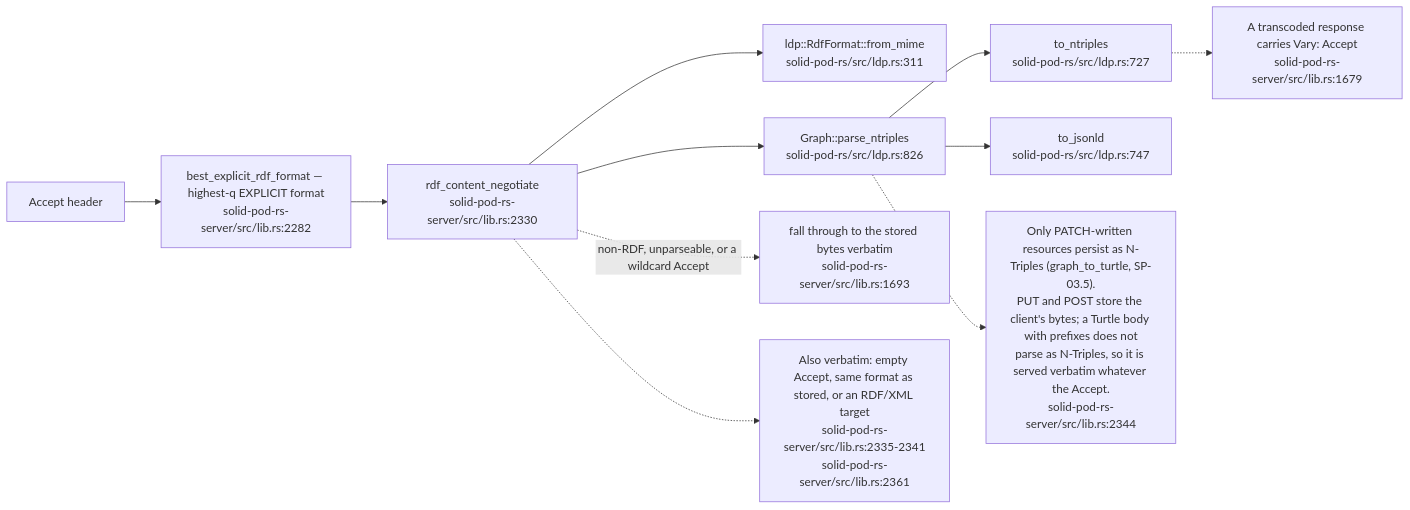
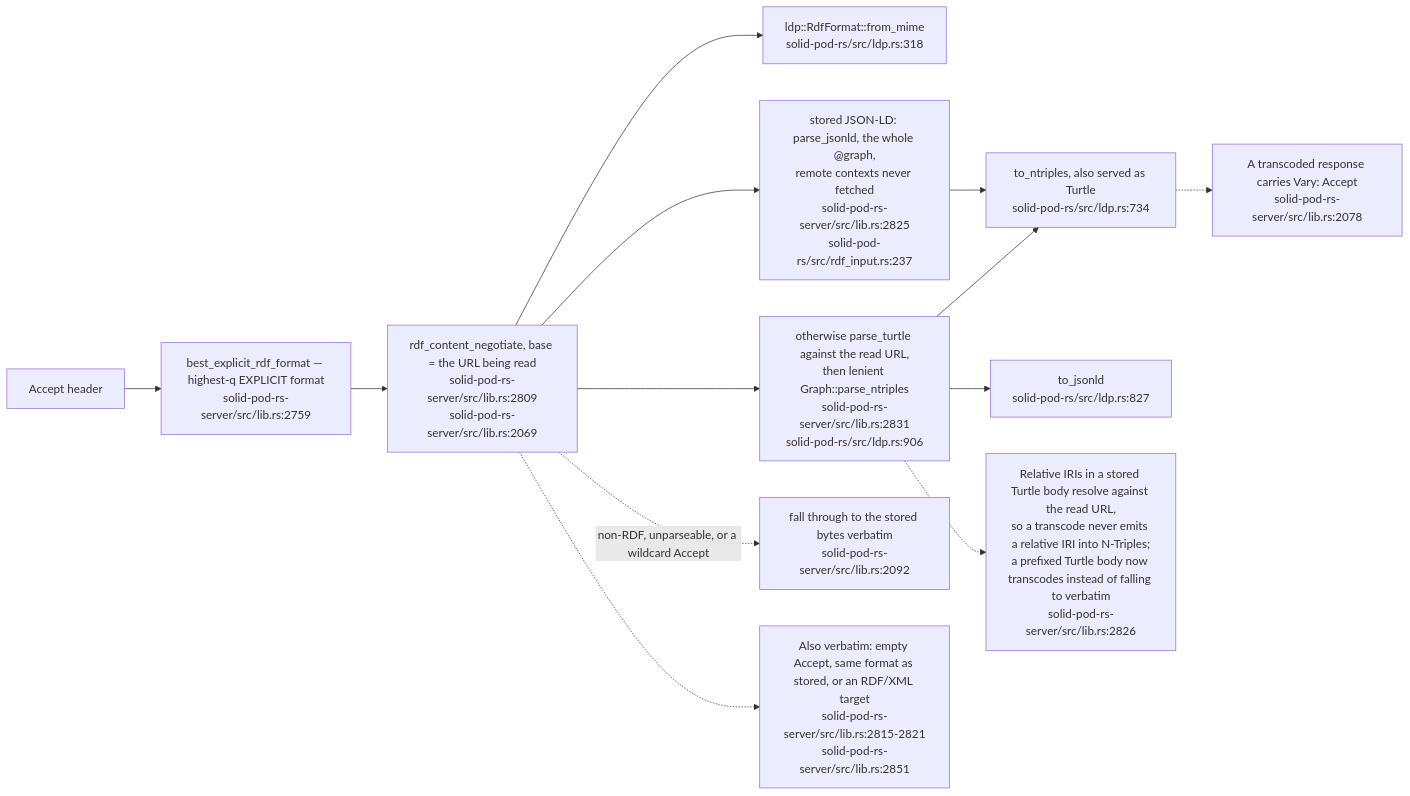
One commit to DreamLab-AI/VisionFlow changed diagram 12 of 14 in docs/diagrams/solid-pod-rs/03-ldp-request-lifecycle.md. Above: the diagram before and after it, drawn with Mermaid. The commit also changed other lines of this file and 1 other file, not shown here.

First line of the commit message:
docs(diagrams): SP-03, SP-13 re-verified at solid-pod-rs a28a748

````diff
--- a/docs/diagrams/solid-pod-rs/03-ldp-request-lifecycle.md
+++ b/docs/diagrams/solid-pod-rs/03-ldp-request-lifecycle.md
@@ -294,24 +368,27 @@
 ```mermaid
 flowchart LR
     ACC["Accept header"]
-    BEST["best_explicit_rdf_format — highest-q EXPLICIT format<br/>solid-pod-rs-server/src/lib.rs:2282"]
-    NEG["rdf_content_negotiate<br/>solid-pod-rs-server/src/lib.rs:2330"]
-    FMT["ldp::RdfFormat::from_mime<br/>solid-pod-rs/src/ldp.rs:311"]
-    NT["Graph::parse_ntriples<br/>solid-pod-rs/src/ldp.rs:826"]
-    OUT1["to_ntriples<br/>solid-pod-rs/src/ldp.rs:727"]
-    OUT2["to_jsonld<br/>solid-pod-rs/src/ldp.rs:747"]
-    VERB["fall through to the stored bytes verbatim<br/>solid-pod-rs-server/src/lib.rs:1693"]
+    BEST["best_explicit_rdf_format — highest-q EXPLICIT format<br/>solid-pod-rs-server/src/lib.rs:2759"]
+    NEG["rdf_content_negotiate, base = the URL being read<br/>solid-pod-rs-server/src/lib.rs:2809<br/>solid-pod-rs-server/src/lib.rs:2069"]
+    FMT["ldp::RdfFormat::from_mime<br/>solid-pod-rs/src/ldp.rs:318"]
+    JL["stored JSON-LD: parse_jsonld, the whole @graph,<br/>remote contexts never fetched<br/>solid-pod-rs-server/src/lib.rs:2825<br/>solid-pod-rs/src/rdf_input.rs:237"]
+    TT["otherwise parse_turtle against the read URL,<br/>then lenient Graph::parse_ntriples<br/>solid-pod-rs-server/src/lib.rs:2831<br/>solid-pod-rs/src/ldp.rs:906"]
+    OUT1["to_ntriples, also served as Turtle<br/>solid-pod-rs/src/ldp.rs:734"]
+    OUT2["to_jsonld<br/>solid-pod-rs/src/ldp.rs:827"]
+    VERB["fall through to the stored bytes verbatim<br/>solid-pod-rs-server/src/lib.rs:2092"]
 
     ACC --> BEST --> NEG --> FMT
-    NEG --> NT
-    NT --> OUT1
-    NT --> OUT2
+    NEG --> JL
+    NEG --> TT
+    JL --> OUT1
+    TT --> OUT1
+    TT --> OUT2
     NEG -. "non-RDF, unparseable, or a wildcard Accept" .-> VERB
 
-    N["A transcoded response carries Vary: Accept<br/>solid-pod-rs-server/src/lib.rs:1679"]
+    N["A transcoded response carries Vary: Accept<br/>solid-pod-rs-server/src/lib.rs:2078"]
     OUT1 -.-> N
-    N2["Only PATCH-written resources persist as N-Triples (graph_to_turtle, SP-03.5).<br/>PUT and POST store the client's bytes; a Turtle body with prefixes does not<br/>parse as N-Triples, so it is served verbatim whatever the Accept.<br/>solid-pod-rs-server/src/lib.rs:2344"]
-    NT -.-> N2
-    N3N["Also verbatim: empty Accept, same format as stored, or an RDF/XML target<br/>solid-pod-rs-server/src/lib.rs:2335-2341<br/>solid-pod-rs-server/src/lib.rs:2361"]
+    N2["Relative IRIs in a stored Turtle body resolve against the read URL,<br/>so a transcode never emits a relative IRI into N-Triples;<br/>a prefixed Turtle body now transcodes instead of falling to verbatim<br/>solid-pod-rs-server/src/lib.rs:2826"]
+    TT -.-> N2
+    N3N["Also verbatim: empty Accept, same format as stored, or an RDF/XML target<br/>solid-pod-rs-server/src/lib.rs:2815-2821<br/>solid-pod-rs-server/src/lib.rs:2851"]
     NEG -.-> N3N
 ```
````
